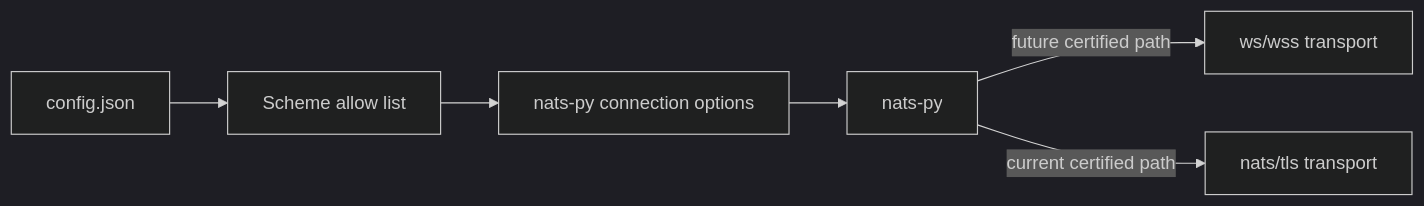
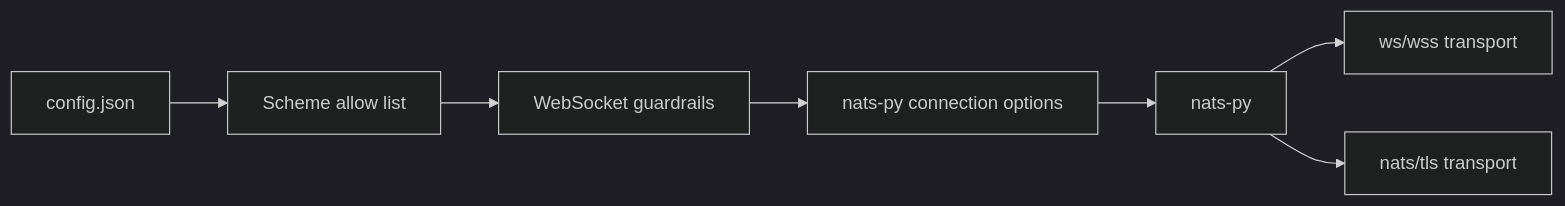
The first of 2 diagrams in docs/websocket-connection-evaluation.md (ProjectCuillin/nats-sinks), drawn with Mermaid (dark theme) before and after one commit. The commit also changed other lines of this file and 87 other files, not shown here.

````diff
--- a/docs/websocket-connection-evaluation.md
+++ b/docs/websocket-connection-evaluation.md
@@ -70,8 +72,9 @@
 ```mermaid
 flowchart LR
     Config[config.json] --> Validate[Scheme allow list]
-    Validate --> Options[nats-py connection options]
+    Validate --> Guardrails[WebSocket guardrails]
+    Guardrails --> Options[nats-py connection options]
     Options --> Client[nats-py]
-    Client -->|future certified path| WS[ws/wss transport]
-    Client -->|current certified path| TCP[nats/tls transport]
+    Client --> WS[ws/wss transport]
+    Client --> TCP[nats/tls transport]
 ```
````
